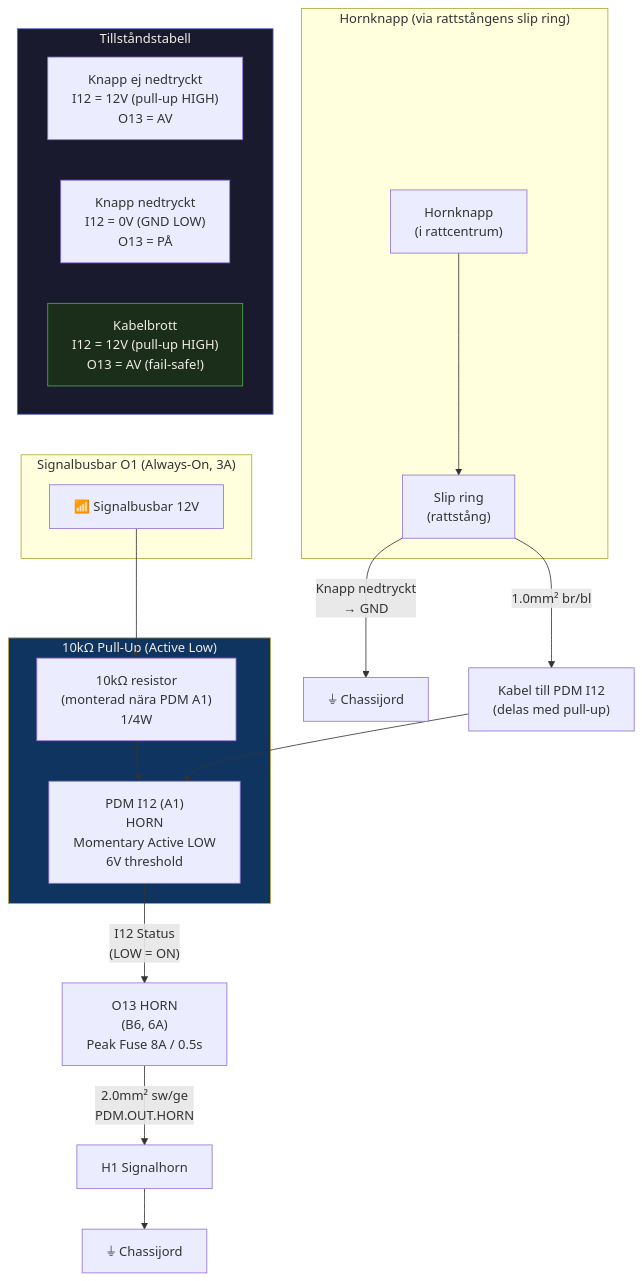
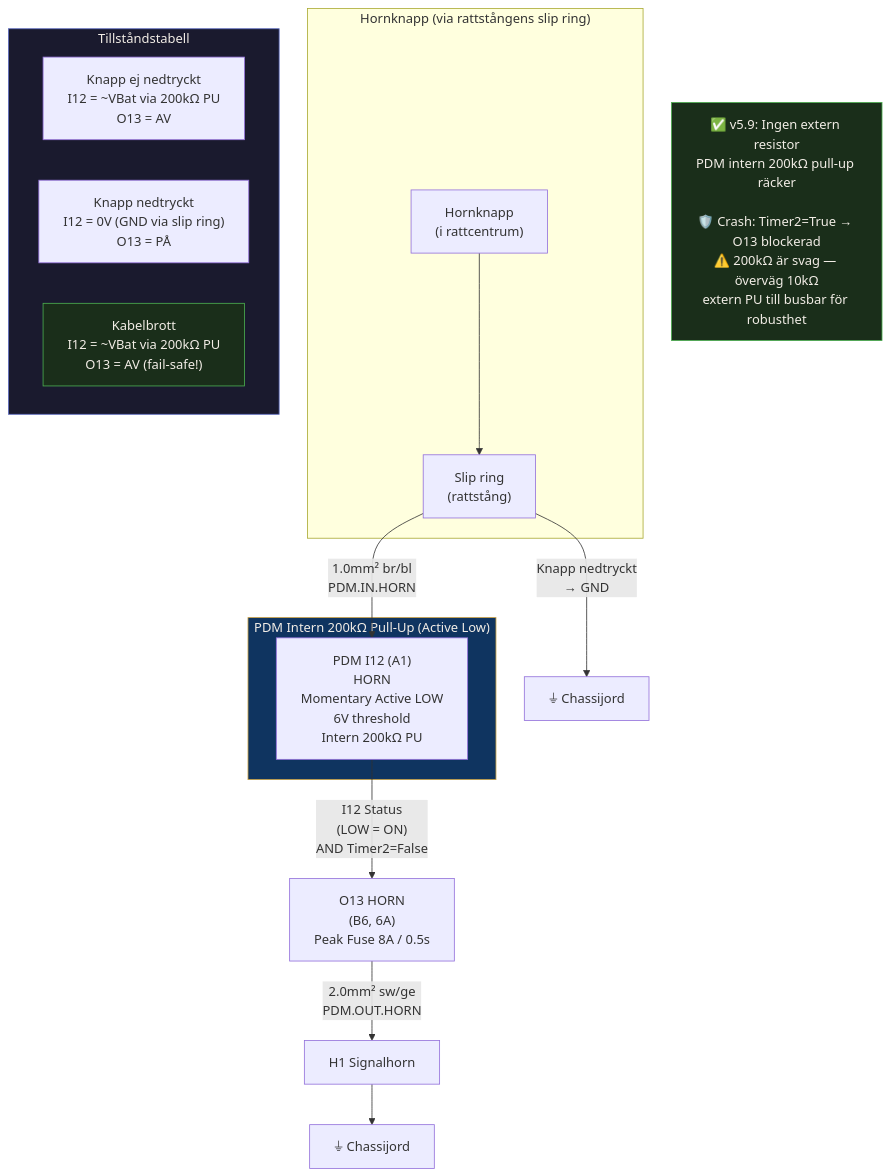
The diagram in ELTON_PDM25V2_KOMPLETT_v5.6b/diagrams/pdm25_07_horn.mermaid (joelkvarnsmyr/hwpdm-project), drawn with Mermaid before and after one commit. The commit also changed 24 other files, not shown here.

```diff
--- a/ELTON_PDM25V2_KOMPLETT_v5.6b/diagrams/pdm25_07_horn.mermaid
+++ b/ELTON_PDM25V2_KOMPLETT_v5.6b/diagrams/pdm25_07_horn.mermaid
@@ -1,35 +1,30 @@
 flowchart TD
-    subgraph BUSBAR_SRC["Signalbusbar O1 (Always-On, 3A)"]
-        BUSBAR["📶 Signalbusbar 12V"]
+    subgraph PULL_UP["PDM Intern 200kΩ Pull-Up (Active Low)"]
+        I12["PDM I12 (A1)\nHORN\nMomentary Active LOW\n6V threshold\nIntern 200kΩ PU"]
     end
-
-    subgraph PULL_UP["10kΩ Pull-Up (Active Low)"]
-        R10K["10kΩ resistor\n(monterad nära PDM A1)\n1/4W"]
-        I12["PDM I12 (A1)\nHORN\nMomentary Active LOW\n6V threshold"]
-    end
-
-    BUSBAR --> R10K --> I12
 
     subgraph HORN_BTN_CIRCUIT["Hornknapp (via rattstångens slip ring)"]
         HORN_BTN["Hornknapp\n(i rattcentrum)"]
         SLIP_RING["Slip ring\n(rattstång)"]
         HORN_BTN --> SLIP_RING
     end
 
-    SLIP_RING -->|"1.0mm² br/bl"| I12_LINE["Kabel till PDM I12\n(delas med pull-up)"]
-    I12_LINE --> I12
+    SLIP_RING -->|"1.0mm² br/bl\nPDM.IN.HORN"| I12
     SLIP_RING -->|"Knapp nedtryckt\n→ GND"| GND_CHR["⏚ Chassijord"]
 
-    I12 -->|"I12 Status\n(LOW = ON)"| O13["O13 HORN\n(B6, 6A)\nPeak Fuse 8A / 0.5s"]
+    I12 -->|"I12 Status\n(LOW = ON)\nAND Timer2=False"| O13["O13 HORN\n(B6, 6A)\nPeak Fuse 8A / 0.5s"]
     O13 -->|"2.0mm² sw/ge\nPDM.OUT.HORN"| H1["H1 Signalhorn"]
     H1 --> GND_HORN["⏚ Chassijord"]
 
     subgraph STATES["Tillståndstabell"]
-        S1["Knapp ej nedtryckt\nI12 = 12V (pull-up HIGH)\nO13 = AV"]
-        S2["Knapp nedtryckt\nI12 = 0V (GND LOW)\nO13 = PÅ"]
-        S3["Kabelbrott\nI12 = 12V (pull-up HIGH)\nO13 = AV (fail-safe!)"]
+        S1["Knapp ej nedtryckt\nI12 = ~VBat via 200kΩ PU\nO13 = AV"]
+        S2["Knapp nedtryckt\nI12 = 0V (GND via slip ring)\nO13 = PÅ"]
+        S3["Kabelbrott\nI12 = ~VBat via 200kΩ PU\nO13 = AV (fail-safe!)"]
     end
+
+    NOTE["✅ v5.9: Ingen extern resistor\nPDM intern 200kΩ pull-up räcker\n\n🛡️ Crash: Timer2=True → O13 blockerad\n⚠️ 200kΩ är svag — överväg 10kΩ\nextern PU till busbar för robusthet"]
 
     style PULL_UP fill:#0f3460,stroke:#c9a144,color:#f2ede6
     style STATES fill:#1a1a2e,stroke:#5c6bc0,color:#f2ede6
     style S3 fill:#1a2e1a,stroke:#4caf50,color:#f2ede6
+    style NOTE fill:#1a2e1a,stroke:#4caf50,color:#f2ede6
```
